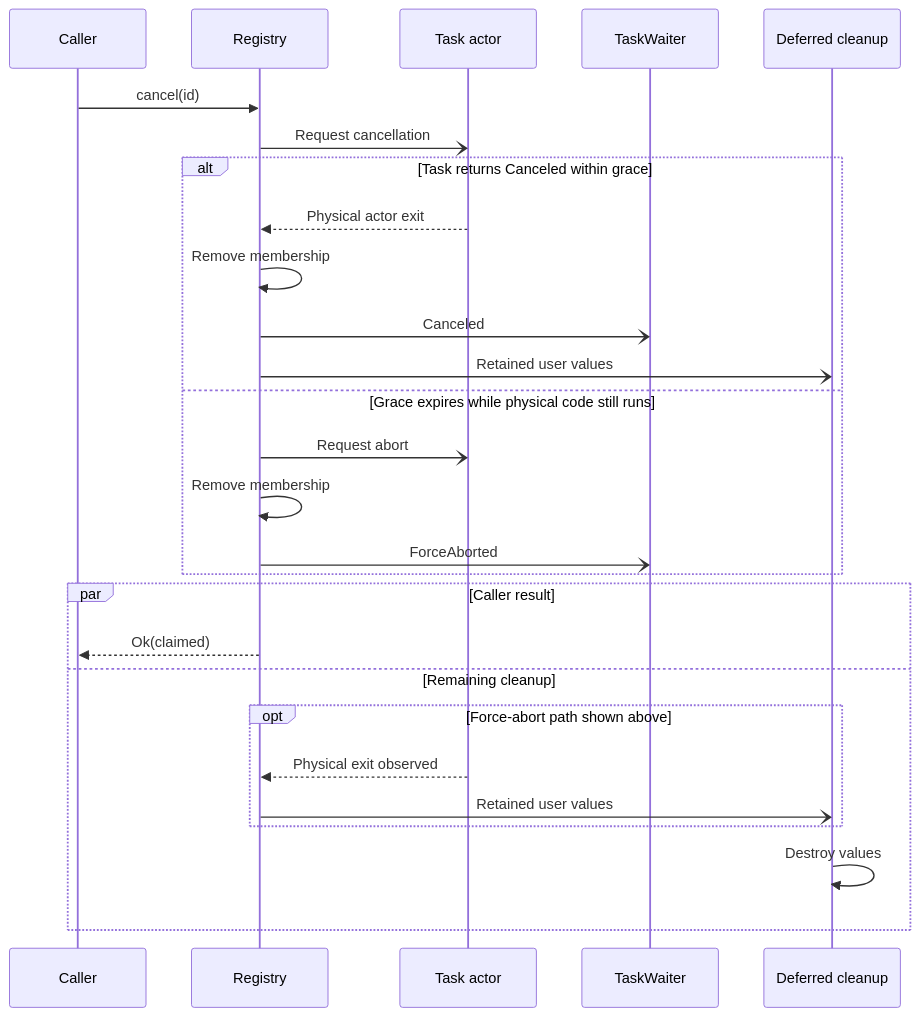
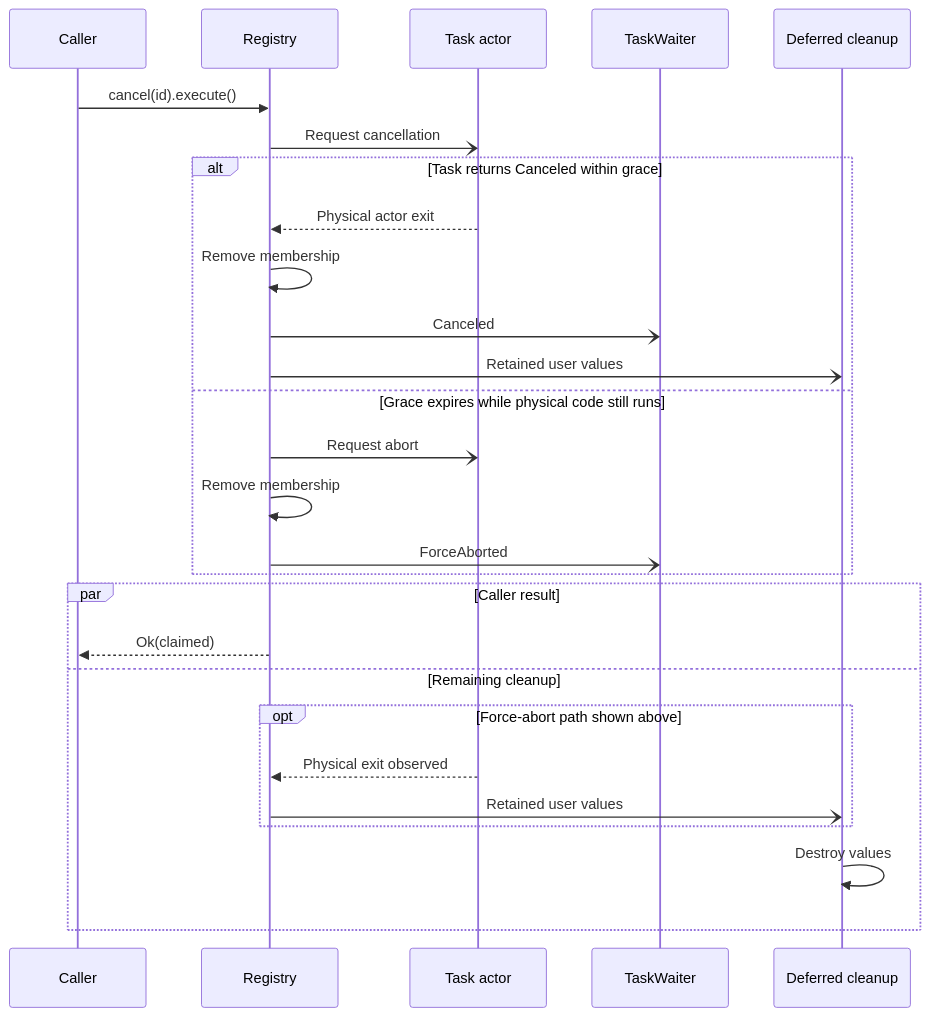
The diagram in docs/cancellation-and-shutdown.md (soltiHQ/taskvisor), drawn with Mermaid before and after one commit. The commit also changed other lines of this file and 70 other files, not shown here.

````diff
--- a/docs/cancellation-and-shutdown.md
+++ b/docs/cancellation-and-shutdown.md
@@ -122,32 +122,32 @@
 ```mermaid
 sequenceDiagram
 accTitle: Cancel one watched task
 accDescr: Cancellation separates the logical outcome, physical actor exit, and deferred destruction of retained values.
 participant Caller
 participant Registry
 participant Task as Task actor
 participant Waiter as TaskWaiter
 participant Cleanup as Deferred cleanup
 
-Caller->>Registry: cancel(id)
+Caller->>Registry: cancel(id).execute()
 Registry-)Task: Request cancellation
 alt Task returns Canceled within grace
     Task-->>Registry: Physical actor exit
     Registry->>Registry: Remove membership
     Registry-)Waiter: Canceled
     Registry-)Cleanup: Retained user values
 else Grace expires while physical code still runs
     Registry-)Task: Request abort
     Registry->>Registry: Remove membership
     Registry-)Waiter: ForceAborted
 end
 par Caller result
     Registry-->>Caller: Ok(claimed)
 and Remaining cleanup
     opt Force-abort path shown above
         Task-->>Registry: Physical exit observed
         Registry-)Cleanup: Retained user values
     end
     Cleanup->>Cleanup: Destroy values
 end
 ```
````
